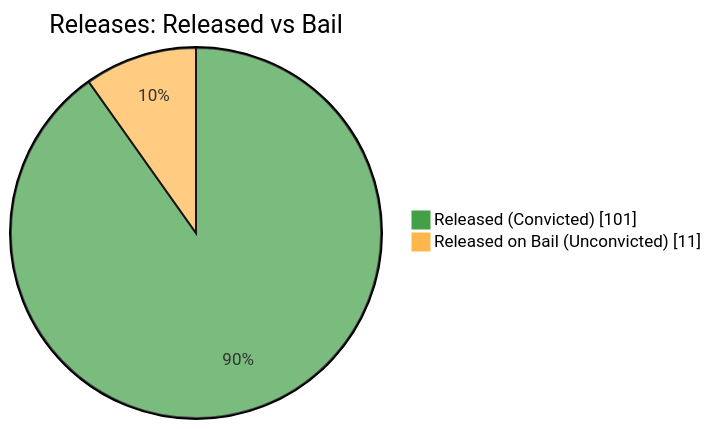
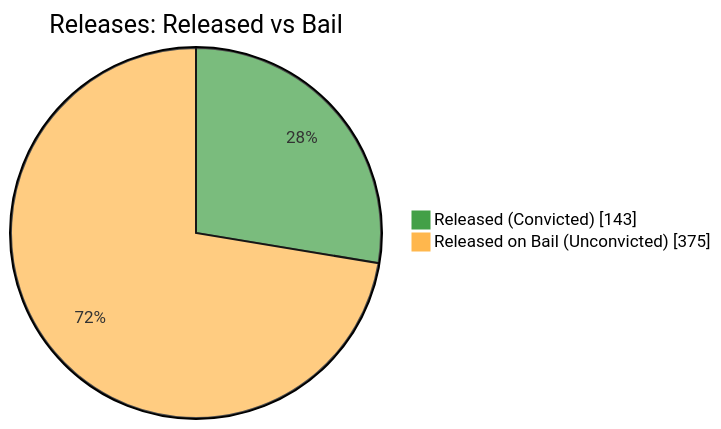
One commit to nuuuwan/lk_prisons changed the fifth of 7 diagrams in README.md. Above: the diagram before and after it, drawn with Mermaid. The commit also changed other lines of this file and 1 other file, not shown here.

````diff
--- a/README.md
+++ b/README.md
@@ -87,6 +87,6 @@
 ```mermaid
 %%{init: {'themeVariables': {'pie1': '#43A047', 'pie2': '#FFB74D'}}}%%
 pie showData title Releases: Released vs Bail
-    "Released (Convicted)" : 101
-    "Released on Bail (Unconvicted)" : 11
+    "Released (Convicted)" : 143
+    "Released on Bail (Unconvicted)" : 375
 ```
````
